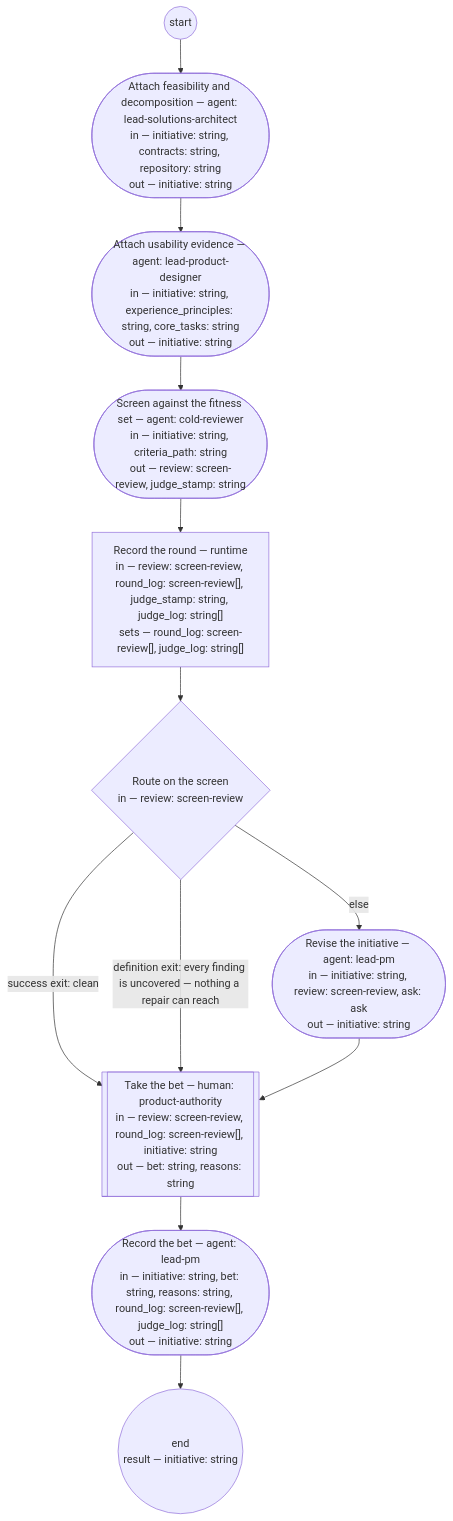
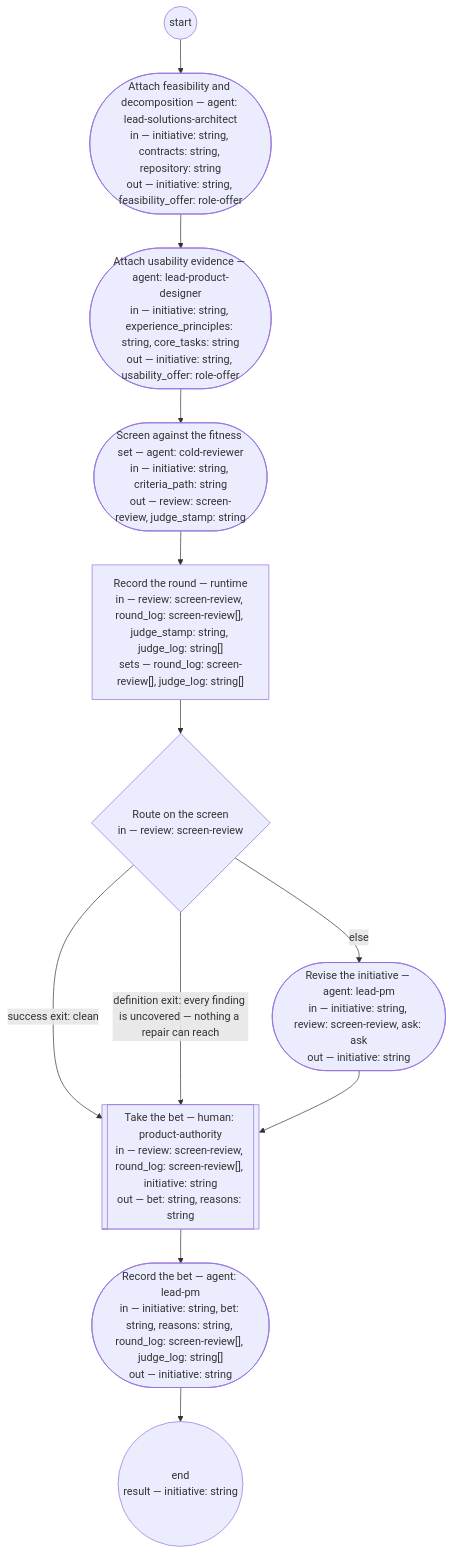
One commit to dstengle/shopsystem-product changed the diagram in .claude/skills/initiative-check/SKILL.md. Above: the diagram before and after it, drawn with Mermaid. The commit also changed other lines of this file and 17 other files, not shown here.

````diff
--- a/.claude/skills/initiative-check/SKILL.md
+++ b/.claude/skills/initiative-check/SKILL.md
@@ -31,23 +31,23 @@
 ```mermaid
 flowchart TD
-  attach_architecture(["Attach feasibility and decomposition — agent: lead-solutions-architect<br/>in — initiative: string, contracts: string, repository: string<br/>out — initiative: string"])
-  attach_usability(["Attach usability evidence — agent: lead-product-designer<br/>in — initiative: string, experience_principles: string, core_tasks: string<br/>out — initiative: string"])
+  attach_architecture(["Attach feasibility and decomposition — agent: lead-solutions-architect<br/>in — initiative: string, contracts: string, repository: string<br/>out — initiative: string, feasibility_offer: role-offer"])
+  attach_usability(["Attach usability evidence — agent: lead-product-designer<br/>in — initiative: string, experience_principles: string, core_tasks: string<br/>out — initiative: string, usability_offer: role-offer"])
   screen(["Screen against the fitness set — agent: cold-reviewer<br/>in — initiative: string, criteria_path: string<br/>out — review: screen-review, judge_stamp: string"])
   log_round["Record the round — runtime<br/>in — review: screen-review, round_log: screen-review[], judge_stamp: string, judge_log: string[]<br/>sets — round_log: screen-review[], judge_log: string[]"]
   route_screen{"Route on the screen<br/>in — review: screen-review"}
   revise(["Revise the initiative — agent: lead-pm<br/>in — initiative: string, review: screen-review, ask: ask<br/>out — initiative: string"])
   decide[["Take the bet — human: product-authority<br/>in — review: screen-review, round_log: screen-review[], initiative: string<br/>out — bet: string, reasons: string"]]
   record(["Record the bet — agent: lead-pm<br/>in — initiative: string, bet: string, reasons: string, round_log: screen-review[], judge_log: string[]<br/>out — initiative: string"])
   __end(("end<br/>result — initiative: string"))
   __start(("start")) --> attach_architecture
   attach_architecture --> attach_usability
   attach_usability --> screen
   screen --> log_round
   log_round --> route_screen
   route_screen -->|success exit: clean| decide
   route_screen -->|definition exit: every finding is uncovered — nothing a repair can reach| decide
   route_screen -->|else| revise
   revise --> decide
   decide --> record
   record --> __end
 ```
````
